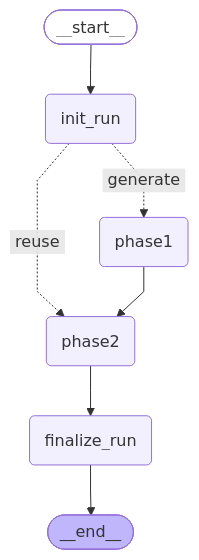
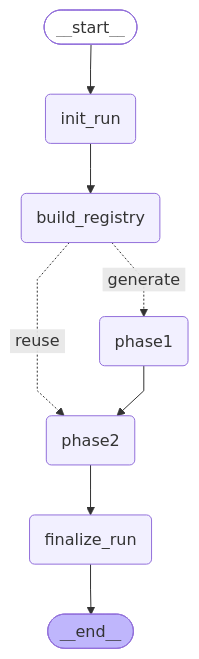
One commit to iamthejao/customer_support_data_generator changed the diagram in docs/diagrams/pipeline.mmd. Above: the diagram before and after it, drawn with Mermaid. The commit also changed 21 other files, not shown here.

First line of the commit message:
feat(documents): add per-model identifier registry used by Phase 1 (#11)

```diff
--- a/docs/diagrams/pipeline.mmd
+++ b/docs/diagrams/pipeline.mmd
@@ -1,21 +1,23 @@
 ---
 config:
   flowchart:
     curve: linear
 ---
 graph TD;
 	__start__([<p>__start__</p>]):::first
 	init_run(init_run)
+	build_registry(build_registry)
 	phase1(phase1)
 	phase2(phase2)
 	finalize_run(finalize_run)
 	__end__([<p>__end__</p>]):::last
 	__start__ --> init_run;
-	init_run -. &nbsp;generate&nbsp; .-> phase1;
-	init_run -. &nbsp;reuse&nbsp; .-> phase2;
+	build_registry -. &nbsp;generate&nbsp; .-> phase1;
+	build_registry -. &nbsp;reuse&nbsp; .-> phase2;
+	init_run --> build_registry;
 	phase1 --> phase2;
 	phase2 --> finalize_run;
 	finalize_run --> __end__;
 	classDef default fill:#f2f0ff,line-height:1.2
 	classDef first fill-opacity:0
 	classDef last fill:#bfb6fc
```
